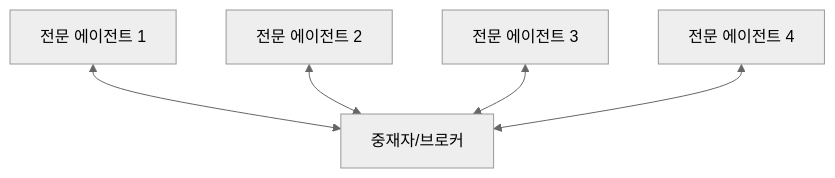
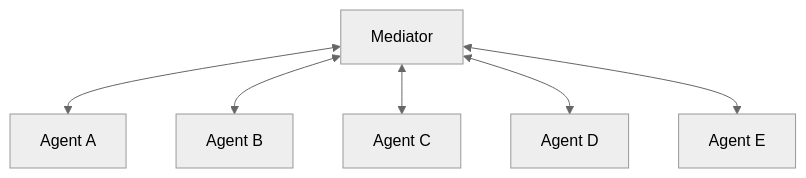
One commit to syshin0116/syshin0116.github.io changed the third of 5 diagrams in content/AI/멀티에이전트 아키텍처와 대규모 구현 전략.md. Above: the diagram before and after it, drawn with Mermaid (neutral theme). The commit also changed other lines of this file, not shown here.

Commit message:
feat: multi-agent

````diff
--- a/content/AI/멀티에이전트 아키텍처와 대규모 구현 전략.md
+++ b/content/AI/멀티에이전트 아키텍처와 대규모 구현 전략.md
@@ -119,8 +112,8 @@
 ```mermaid
 graph TD
-    M[중재자/브로커] 
-    A1[전문 에이전트 1] <--> M
-    A2[전문 에이전트 2] <--> M
-    A3[전문 에이전트 3] <--> M
-    A4[전문 에이전트 4] <--> M
+    M[Mediator] <--> A[Agent A]
+    M <--> B[Agent B]
+    M <--> C[Agent C]
+    M <--> D[Agent D]
+    M <--> E[Agent E]
 ```
````
